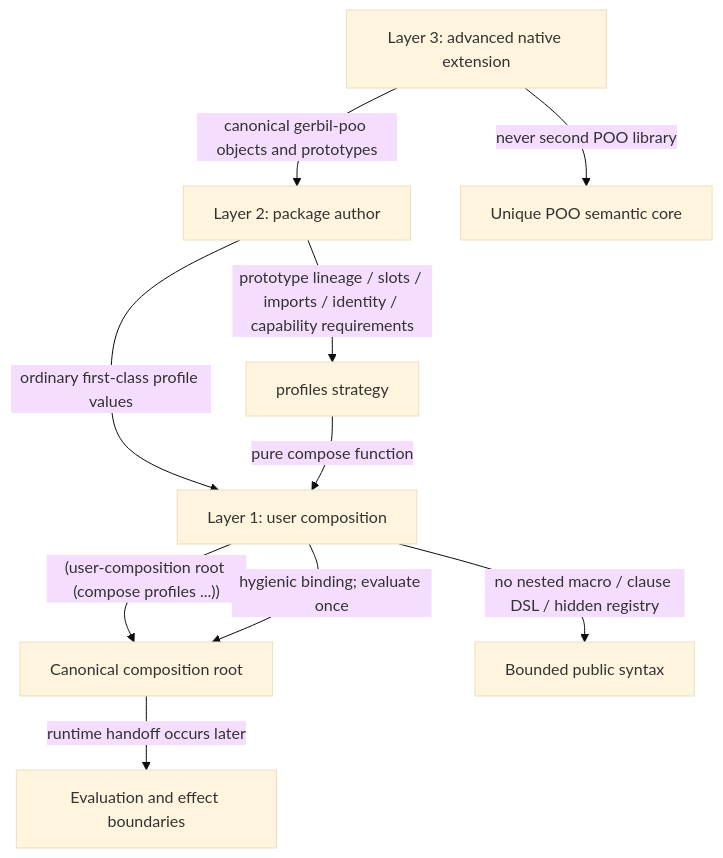
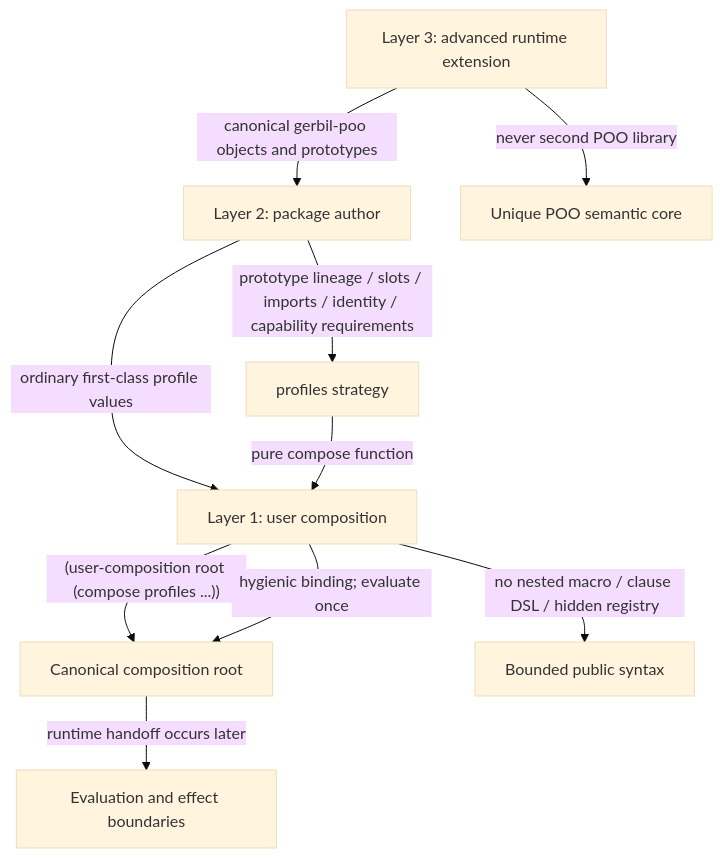
One commit to tao3k/gebril-yuanxu changed the first of 2 diagrams in module-system/design/45-78-minimal-user-composition-and-three-layer-extension-surface.org. Above: the diagram before and after it, drawn with Mermaid (base theme). The commit also changed other lines of this file and 1469 other files, not shown here.

```diff
--- a/module-system/design/45-78-minimal-user-composition-and-three-layer-extension-surface.org
+++ b/module-system/design/45-78-minimal-user-composition-and-three-layer-extension-surface.org
@@ -74,12 +84,12 @@
 #+begin_src mermaid
 flowchart TB
   A["Layer 1: user composition"] -->|"(user-composition root (compose profiles ...))"| B["Canonical composition root"]
   A -->|"hygienic binding; evaluate once"| B
   C["Layer 2: package author"] -->|"ordinary first-class profile values"| A
   C -->|"prototype lineage / slots / imports / identity / capability requirements"| D["profiles strategy"]
   D -->|"pure compose function"| A
-  E["Layer 3: advanced native extension"] -->|"canonical gerbil-poo objects and prototypes"| C
+  E["Layer 3: advanced runtime extension"] -->|"canonical gerbil-poo objects and prototypes"| C
   E -->|"never second POO library"| F["Unique POO semantic core"]
   B -->|"runtime handoff occurs later"| G["Evaluation and effect boundaries"]
   A -->|"no nested macro / clause DSL / hidden registry"| H["Bounded public syntax"]
 #+end_src
```
